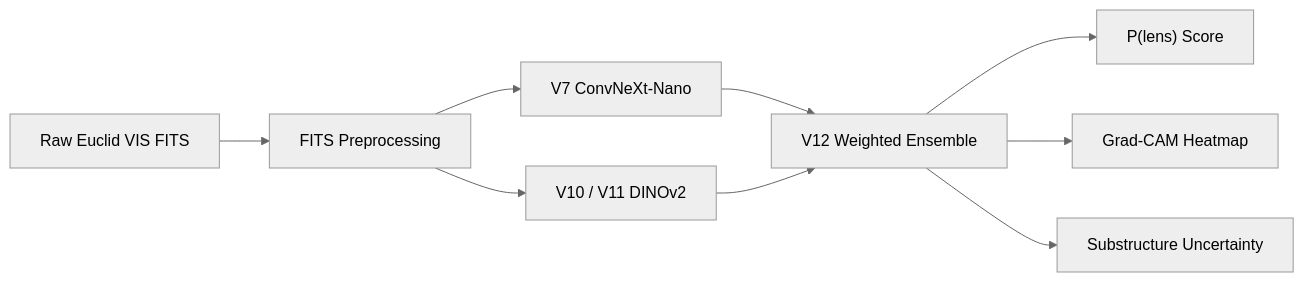
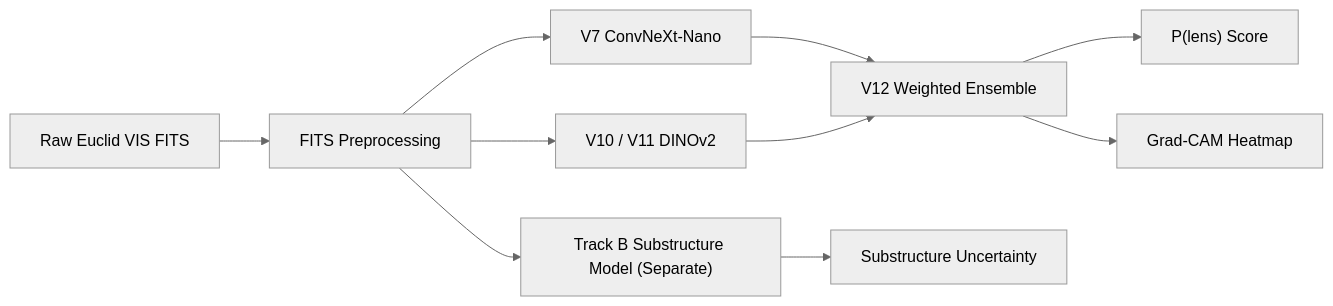
The diagram in README.md (Aliasgersb/Gravitational-Lensing), drawn with Mermaid (neutral theme) before and after one commit. The commit also changed other lines of this file and 7 other files, not shown here.

````diff
--- a/README.md
+++ b/README.md
@@ -123,11 +127,12 @@
 ```mermaid
 flowchart LR
     A["Raw Euclid VIS FITS"] --> B["FITS Preprocessing"]
     B --> C["V7 ConvNeXt-Nano"]
     B --> D["V10 / V11 DINOv2"]
     C --> E["V12 Weighted Ensemble"]
     D --> E
     E --> F["P(lens) Score"]
     E --> G["Grad-CAM Heatmap"]
-    E --> H["Substructure Uncertainty"]
+    B --> H["Track B Substructure Model (Separate)"]
+    H --> I["Substructure Uncertainty"]
 ```
````
